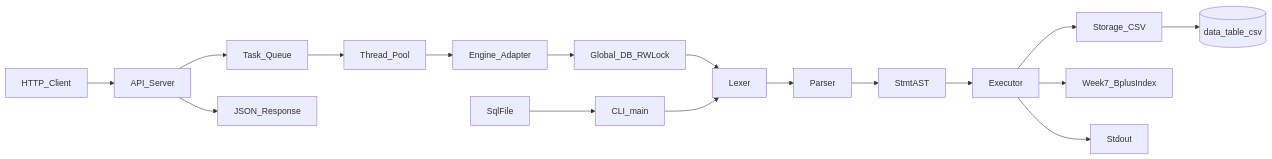
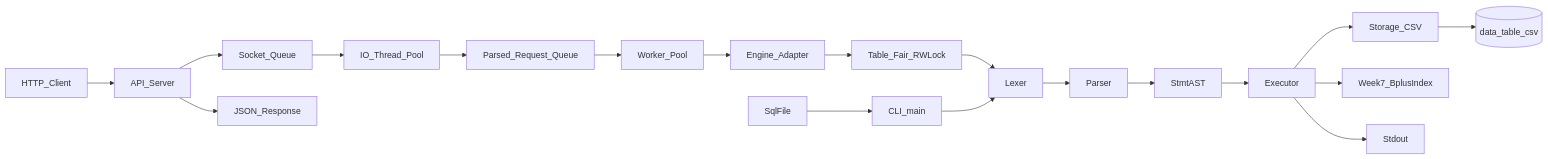
The first of 4 diagrams in docs/02-architecture.md (tail1887/sql_parsor), drawn with Mermaid before and after one commit. The commit also changed other lines of this file and 11 other files, not shown here.

````diff
--- a/docs/02-architecture.md
+++ b/docs/02-architecture.md
@@ -18,19 +18,21 @@
 ```mermaid
 flowchart LR
     SqlFile[SqlFile] --> CLI[CLI_main]
     Client[HTTP_Client] --> Api[API_Server]
-    Api --> Queue[Task_Queue]
-    Queue --> Pool[Thread_Pool]
+    Api --> SockQ[Socket_Queue]
+    SockQ --> IoPool[IO_Thread_Pool]
+    IoPool --> ReqQ[Parsed_Request_Queue]
+    ReqQ --> Pool[Worker_Pool]
     Pool --> Adapter[Engine_Adapter]
-    Adapter --> Lock[Global_DB_RWLock]
+    Adapter --> Lock[Table_Fair_RWLock]
     Lock --> Lexer[Lexer]
     CLI --> Lexer[Lexer]
     Lexer --> Parser[Parser]
     Parser --> AST[StmtAST]
     AST --> Exec[Executor]
     Exec --> Store[Storage_CSV]
     Store --> FS[(data_table_csv)]
     Exec --> Idx[Week7_BplusIndex]
     Exec --> Out[Stdout]
     Api --> Json[JSON_Response]
 ```
````
